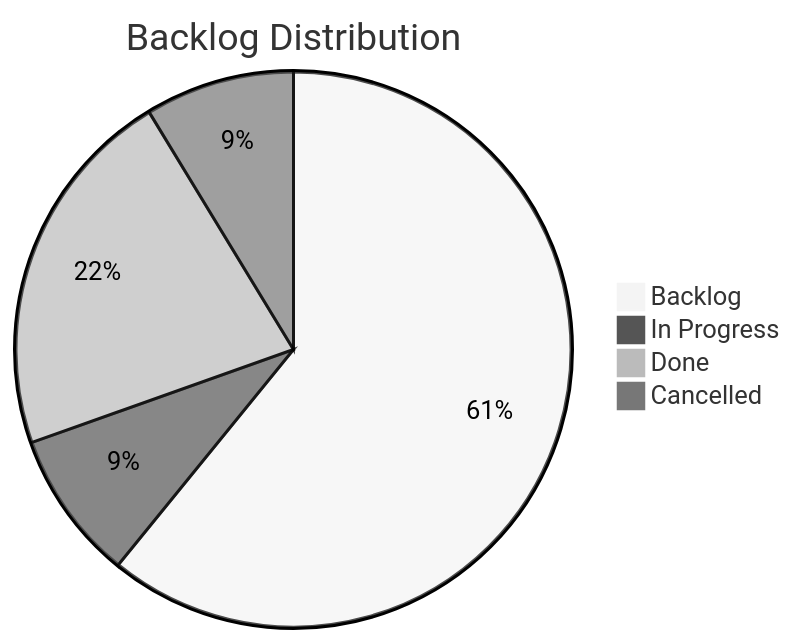
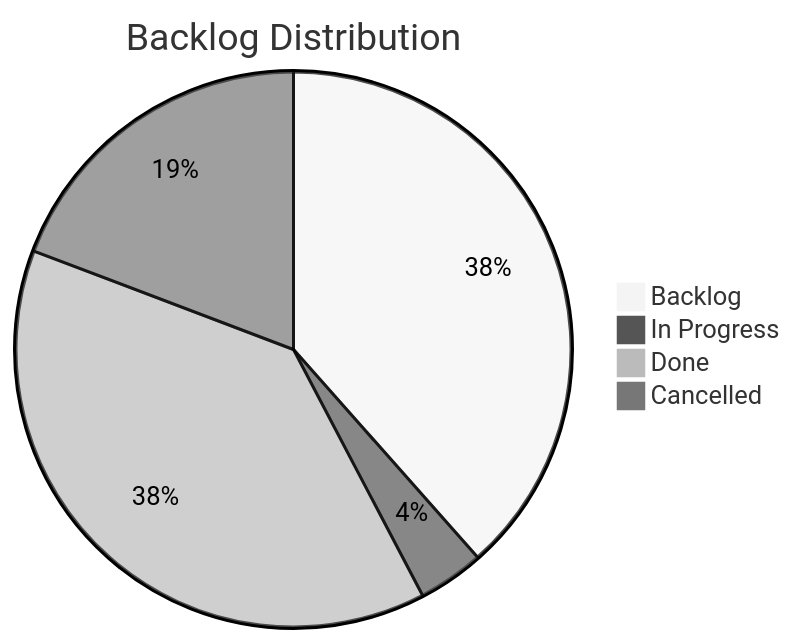
The diagram in docs/board.md (TheCodeCreature/Hytale-Example-Plugin), drawn with Mermaid (neutral theme) before and after one commit. The commit also changed other lines of this file and 19 other files, not shown here.

````diff
--- a/docs/board.md
+++ b/docs/board.md
@@ -7,7 +7,7 @@
 ```mermaid
 pie title Backlog Distribution
-    "Backlog" : 14
-    "In Progress" : 2
-    "Done" : 5
-    "Cancelled" : 2
+    "Backlog" : 10
+    "In Progress" : 1
+    "Done" : 10
+    "Cancelled" : 5
 ```
````
